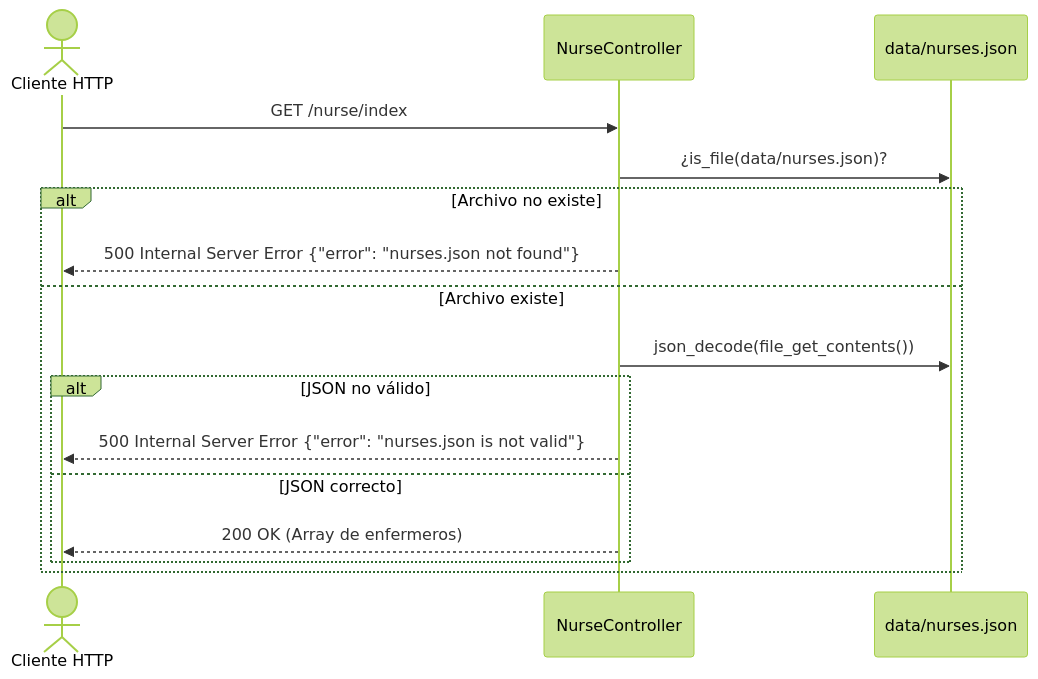
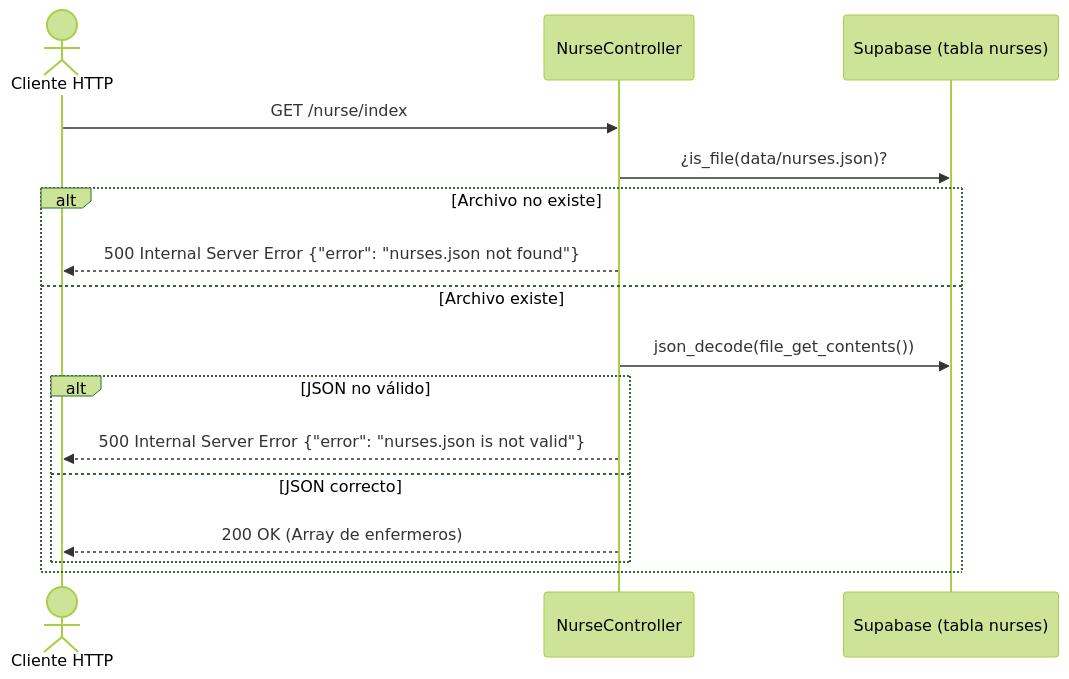
Before and after one commit to Ignaciobrenas/Nurse-Simulator: the sixth of 7 diagrams in docs/general/DOCUMENTACION_ES.md, drawn with Mermaid (forest theme). The commit also changed other lines of this file and 7 other files, not shown here.

````diff
--- a/docs/general/DOCUMENTACION_ES.md
+++ b/docs/general/DOCUMENTACION_ES.md
@@ -328,19 +328,19 @@
 ```mermaid
 sequenceDiagram
     actor Cliente as Cliente HTTP
     participant Controller as NurseController
-    participant JSON as data/nurses.json
+    participant JSON as Supabase (tabla nurses)
 
     Cliente->>Controller: GET /nurse/index
     Controller->>JSON: ¿is_file(data/nurses.json)?
     alt Archivo no existe
         Controller-->>Cliente: 500 Internal Server Error {"error": "nurses.json not found"}
     else Archivo existe
         Controller->>JSON: json_decode(file_get_contents())
         alt JSON no válido
             Controller-->>Cliente: 500 Internal Server Error {"error": "nurses.json is not valid"}
         else JSON correcto
             Controller-->>Cliente: 200 OK (Array de enfermeros)
         end
     end
 ```
````
